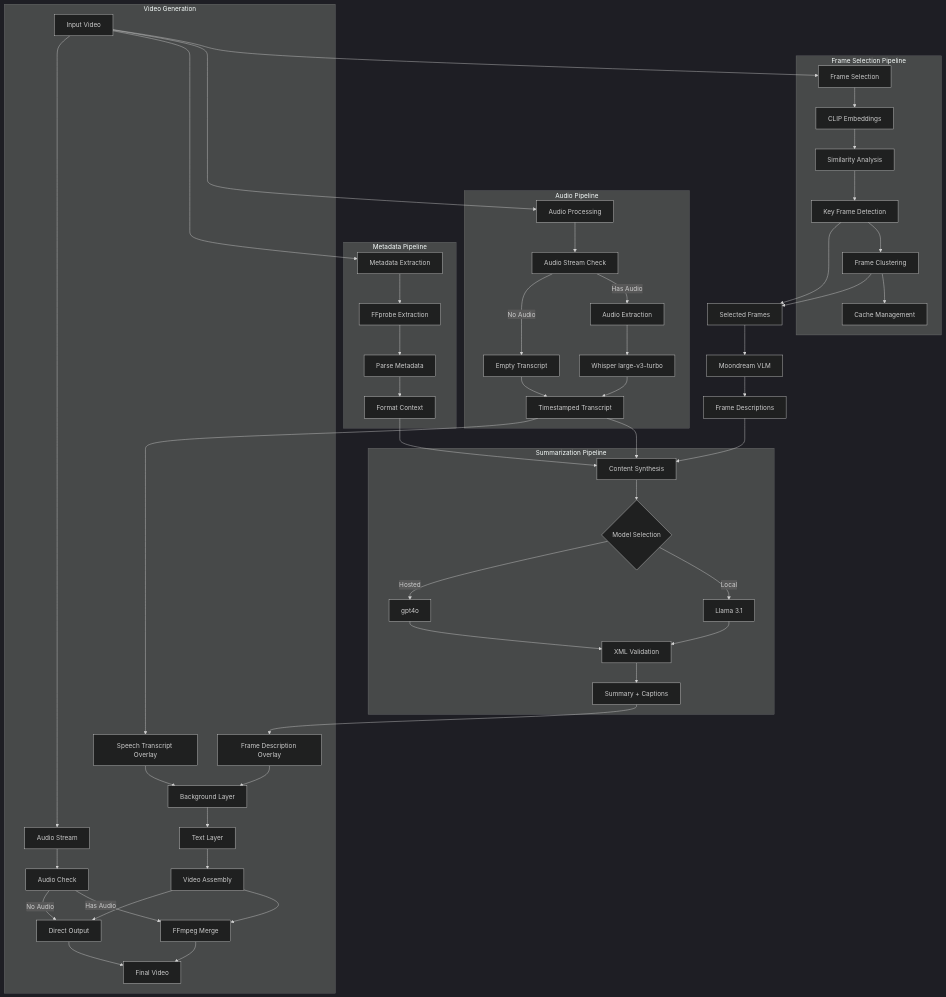
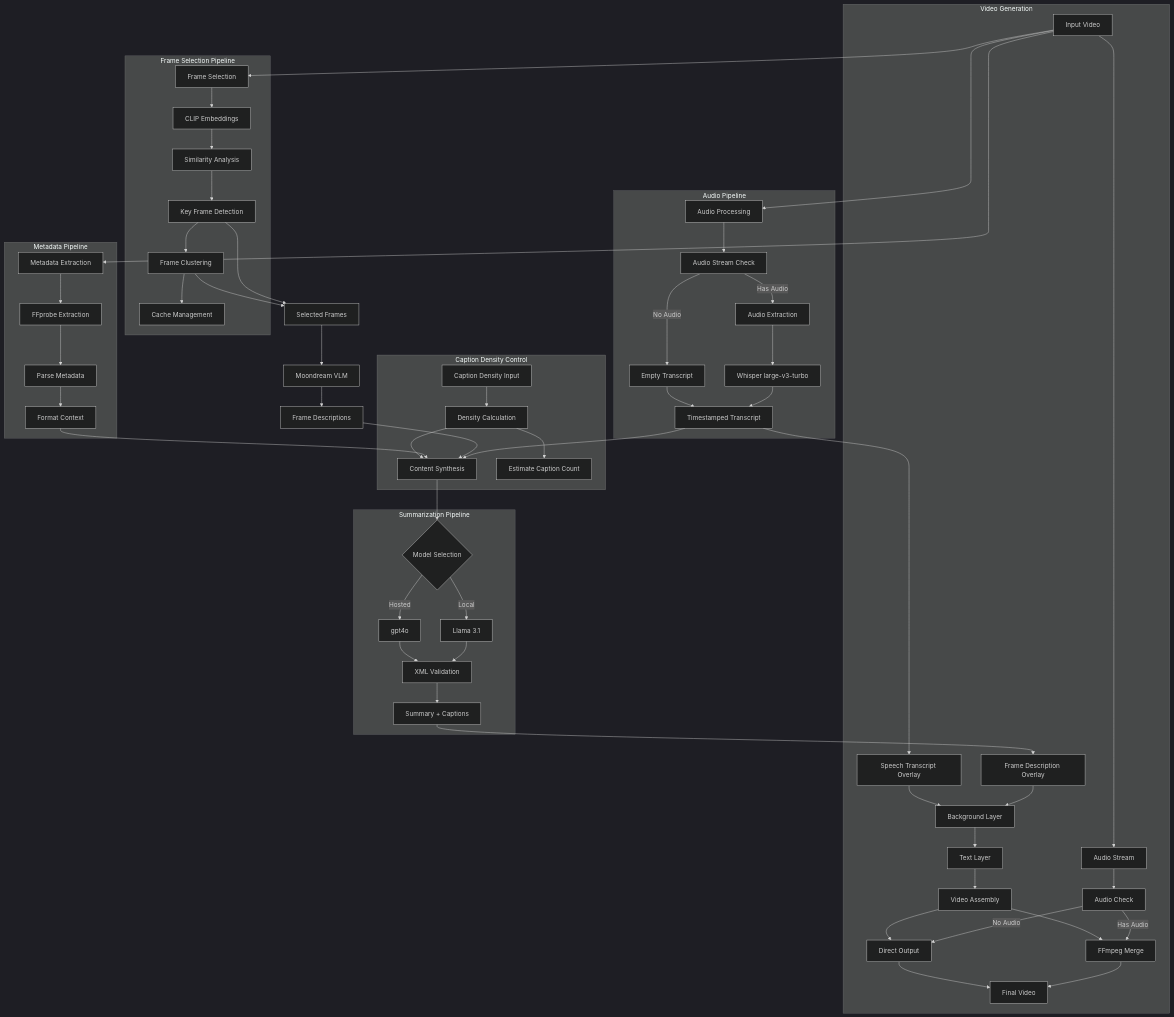
One commit to parsakhaz/video-understanding-engine changed the first of 2 diagrams in README.md. Above: the diagram before and after it, drawn with Mermaid (dark theme). The commit also changed other lines of this file and 1 other file, not shown here.

````diff
--- a/README.md
+++ b/README.md
@@ -145,64 +165,70 @@
 ```mermaid
 graph TD
     A[Input Video] --> B[Frame Selection]
     A --> C[Audio Processing]
     A --> MD[Metadata Extraction]
     
     subgraph "Frame Selection Pipeline"
     B --> D[CLIP Embeddings]
     D --> E[Similarity Analysis]
     E --> F[Key Frame Detection]
     F --> G[Frame Clustering]
     G --> H[Cache Management]
     end
     
     subgraph "Audio Pipeline"
     C --> AA[Audio Stream Check]
     AA -->|Has Audio| AE[Audio Extraction]
     AA -->|No Audio| AB[Empty Transcript]
     AE --> I[Whisper large-v3-turbo]
     I --> J[Timestamped Transcript]
     AB --> J
     end
     
     subgraph "Metadata Pipeline"
     MD --> ME[FFprobe Extraction]
     ME --> MF[Parse Metadata]
     MF --> MG[Format Context]
     end
     
     F --> L[Selected Frames]
     G --> L
     L --> M[Moondream VLM]
     M --> N[Frame Descriptions]
     
     J --> O[Content Synthesis]
     N --> O
     MG --> O
     
+    subgraph "Caption Density Control"
+    CD[Caption Density Input] --> CDC[Density Calculation]
+    CDC --> CDE[Estimate Caption Count]
+    CDC --> O
+    end
+    
     subgraph "Summarization Pipeline"
     O --> P{Model Selection}
     P -->|Local| Q[Llama 3.1]
     P -->|Hosted| R[gpt4o]
     Q --> S[XML Validation]
     R --> S
     S --> T[Summary + Captions]
     end
     
     subgraph "Video Generation"
     T --> U[Frame Description Overlay]
     J --> V[Speech Transcript Overlay]
     U --> AI[Background Layer]
     AI --> AJ[Text Layer]
     V --> AI
     AJ --> W[Video Assembly]
     A --> X[Audio Stream]
     X --> AC[Audio Check]
     AC -->|Has Audio| Y[FFmpeg Merge]
     AC -->|No Audio| AD[Direct Output]
     W --> Y
     W --> AD
     Y --> AK[Final Video]
     AD --> AK
     end
 ```
````
